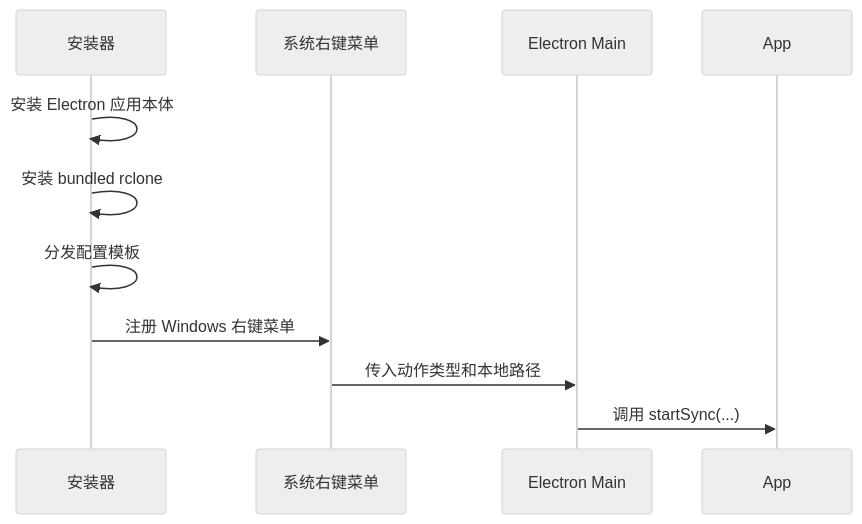
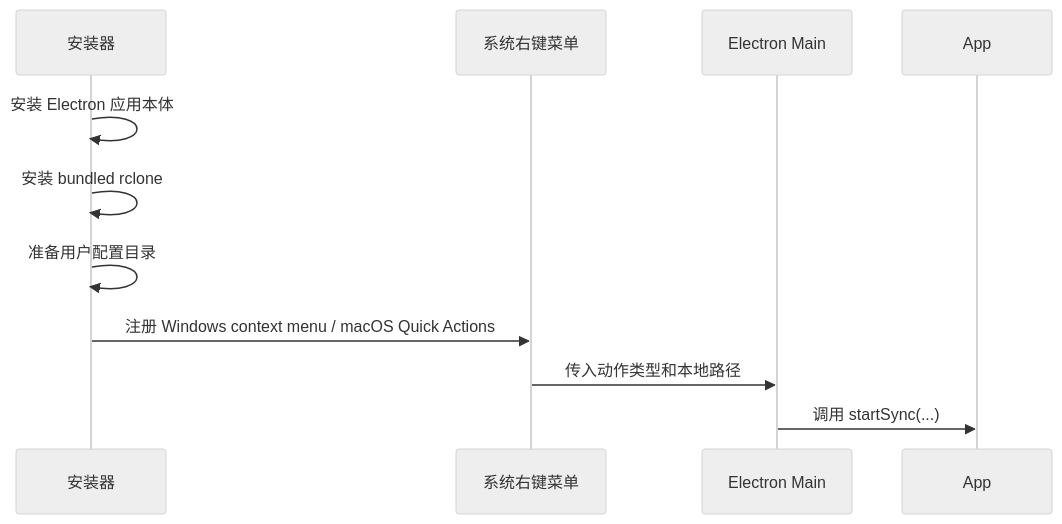
Before and after one commit to agalloch21/sync-with-rclone: the second of 15 diagrams in docs/Flows.md, drawn with Mermaid (neutral theme). The commit also changed other lines of this file and 10 other files, not shown here.

````diff
--- a/docs/Flows.md
+++ b/docs/Flows.md
@@ -37,14 +37,14 @@
 ```mermaid
 sequenceDiagram
   participant I as 安装器
   participant M as 系统右键菜单
   participant E as Electron Main
   participant A as App
 
   I->>I: 安装 Electron 应用本体
   I->>I: 安装 bundled rclone
-  I->>I: 分发配置模板
-  I->>M: 注册 Windows 右键菜单
+  I->>I: 准备用户配置目录
+  I->>M: 注册 Windows context menu / macOS Quick Actions
   M->>E: 传入动作类型和本地路径
   E->>A: 调用 startSync(...)
 ```
````
